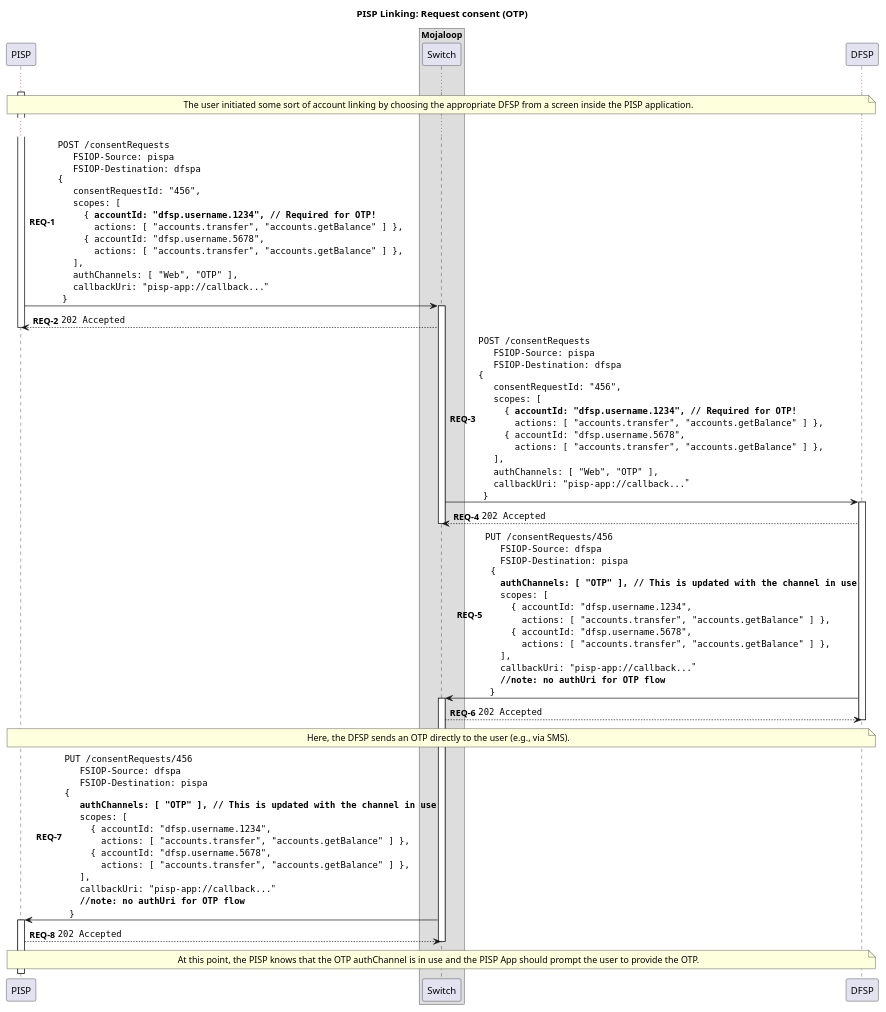
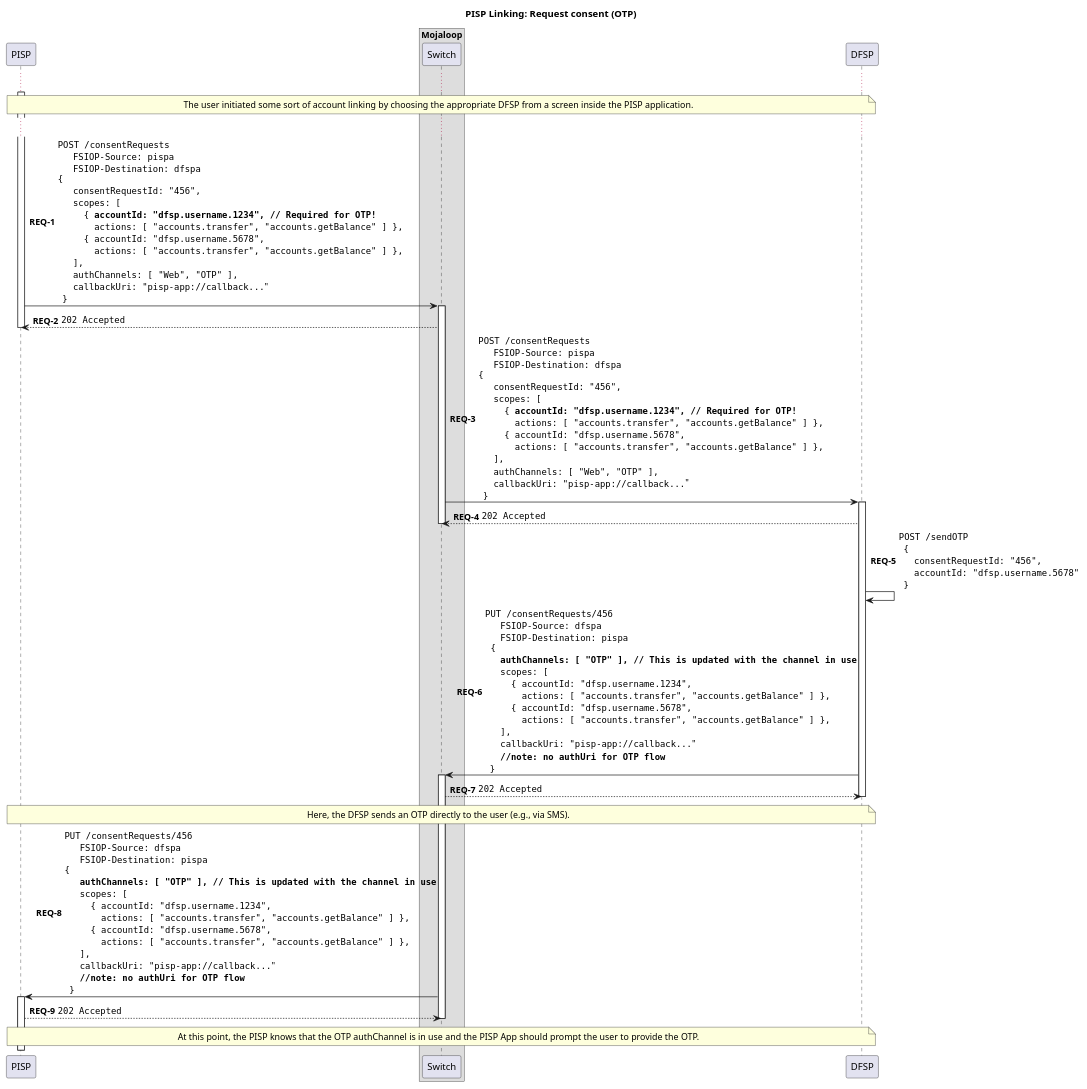
The diagram in docs/linking/2-request-consent-otp.puml (mojaloop/pisp-project), drawn with PlantUML before and after one commit. The commit also changed 4 other files, not shown here.

First line of the commit message:
doc: 1967 send otp (#109)

```diff
--- a/docs/linking/2-request-consent-otp.puml
+++ b/docs/linking/2-request-consent-otp.puml
@@ -1,102 +1,108 @@
 @startuml
 
 title PISP Linking: Request consent (OTP)
 
 participant "PISP" as PISP
 
 box "Mojaloop"
     participant Switch
 end box
 
 participant DFSP
 
 autonumber 1 "<b>REQ-#</b>"
 
 activate PISP
 
 ...
 
 note over PISP, DFSP
     The user initiated some sort of account linking by choosing the appropriate DFSP from a screen inside the PISP application.
 end note
 
 ...
 
 PISP -> Switch ++: ""POST /consentRequests""\n\
   ""  FSIOP-Source: pispa""\n\
   ""  FSIOP-Destination: dfspa""\n\
 ""{""\n\
   ""  consentRequestId: "456",""\n\
   ""  scopes: [ ""\n\
   ""    { **accountId: "dfsp.username.1234", // Required for OTP!**""\n\
   ""      actions: [ "accounts.transfer", "accounts.getBalance" ] },""\n\
   ""    { accountId: "dfsp.username.5678",""\n\
   ""      actions: [ "accounts.transfer", "accounts.getBalance" ] },""\n\
   ""  ],""\n\
   ""  authChannels: [ "Web", "OTP" ],""\n\
   ""  callbackUri: "pisp-app://callback..."""\n\
   ""}""
 Switch --> PISP: ""202 Accepted""
 deactivate PISP
 
 Switch -> DFSP ++:  ""POST /consentRequests""\n\
   ""  FSIOP-Source: pispa""\n\
   ""  FSIOP-Destination: dfspa""\n\
 ""{""\n\
   ""  consentRequestId: "456",""\n\
   ""  scopes: [ ""\n\
   ""    { **accountId: "dfsp.username.1234", // Required for OTP!**""\n\
   ""      actions: [ "accounts.transfer", "accounts.getBalance" ] },""\n\
   ""    { accountId: "dfsp.username.5678",""\n\
   ""      actions: [ "accounts.transfer", "accounts.getBalance" ] },""\n\
   ""  ],""\n\
   ""  authChannels: [ "Web", "OTP" ],""\n\
   ""  callbackUri: "pisp-app://callback..."""\n\
   ""}""
 DFSP --> Switch: ""202 Accepted""
 deactivate Switch
 
+DFSP -> DFSP : ""POST /sendOTP""\n\
+  ""{""\n\
+  ""  consentRequestId: "456",""\n\
+  ""  accountId: "dfsp.username.5678" ""\n\
+  ""}""
+
 DFSP -> Switch ++: ""PUT /consentRequests/456""\n\
   ""  FSIOP-Source: dfspa""\n\
   ""  FSIOP-Destination: pispa""\n\
 "" {""\n\
   ""  **authChannels: [ "OTP" ], // This is updated with the channel in use**""\n\
   ""  scopes: [ ""\n\
   ""    { accountId: "dfsp.username.1234",""\n\
   ""      actions: [ "accounts.transfer", "accounts.getBalance" ] },""\n\
   ""    { accountId: "dfsp.username.5678",""\n\
   ""      actions: [ "accounts.transfer", "accounts.getBalance" ] },""\n\
   ""  ],""\n\
   ""  callbackUri: "pisp-app://callback..."""\n\
   ""  **//note: no authUri for OTP flow**""\n\
   ""}""
 Switch --> DFSP: ""202 Accepted""
 
 note over PISP, DFSP
   Here, the DFSP sends an OTP directly to the user (e.g., via SMS).
 end note
 
 deactivate DFSP
 
 Switch -> PISP ++: ""PUT /consentRequests/456""\n\
   ""  FSIOP-Source: dfspa""\n\
   ""  FSIOP-Destination: pispa""\n\
 ""{""\n\
   ""  **authChannels: [ "OTP" ], // This is updated with the channel in use**""\n\
   ""  scopes: [ ""\n\
   ""    { accountId: "dfsp.username.1234",""\n\
   ""      actions: [ "accounts.transfer", "accounts.getBalance" ] },""\n\
   ""    { accountId: "dfsp.username.5678",""\n\
   ""      actions: [ "accounts.transfer", "accounts.getBalance" ] },""\n\
   ""  ],""\n\
   ""  callbackUri: "pisp-app://callback..."""\n\
   ""  **//note: no authUri for OTP flow**""\n\
   ""}""
 PISP --> Switch: ""202 Accepted""
 deactivate Switch
 
 note over PISP, DFSP
   At this point, the PISP knows that the OTP authChannel is in use and the PISP App should prompt the user to provide the OTP.
 end note
 
 @enduml
```
